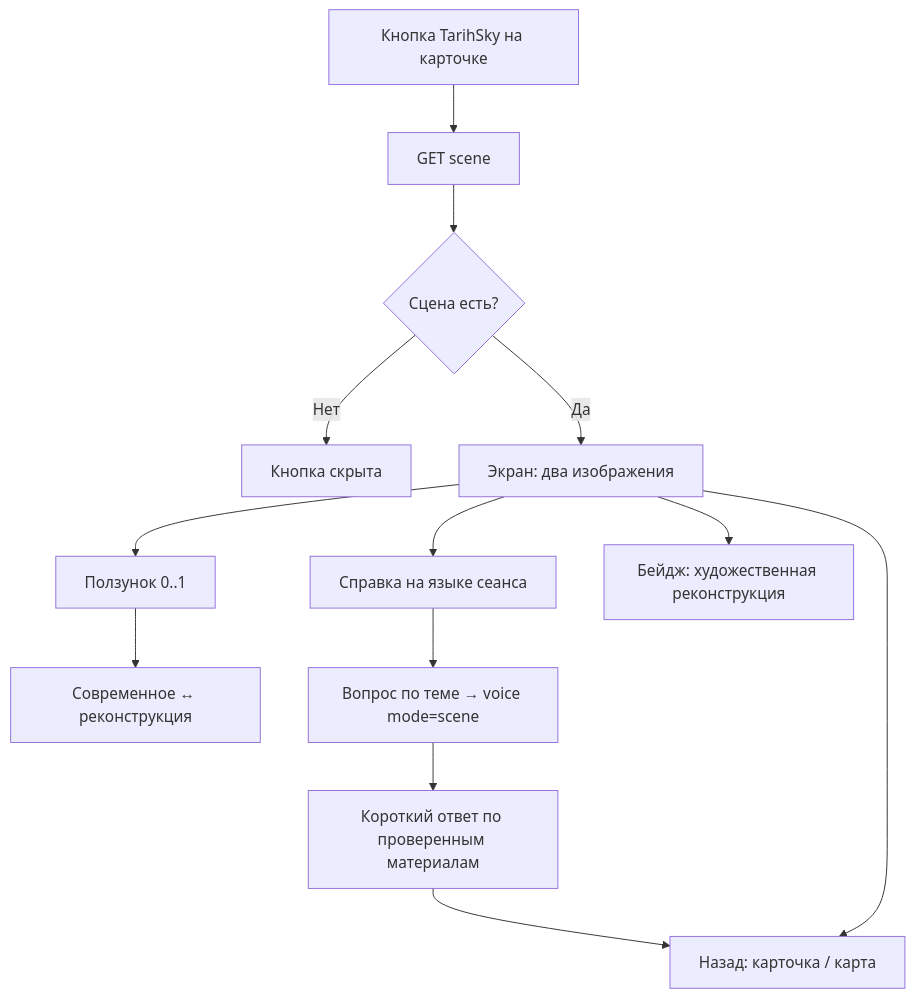
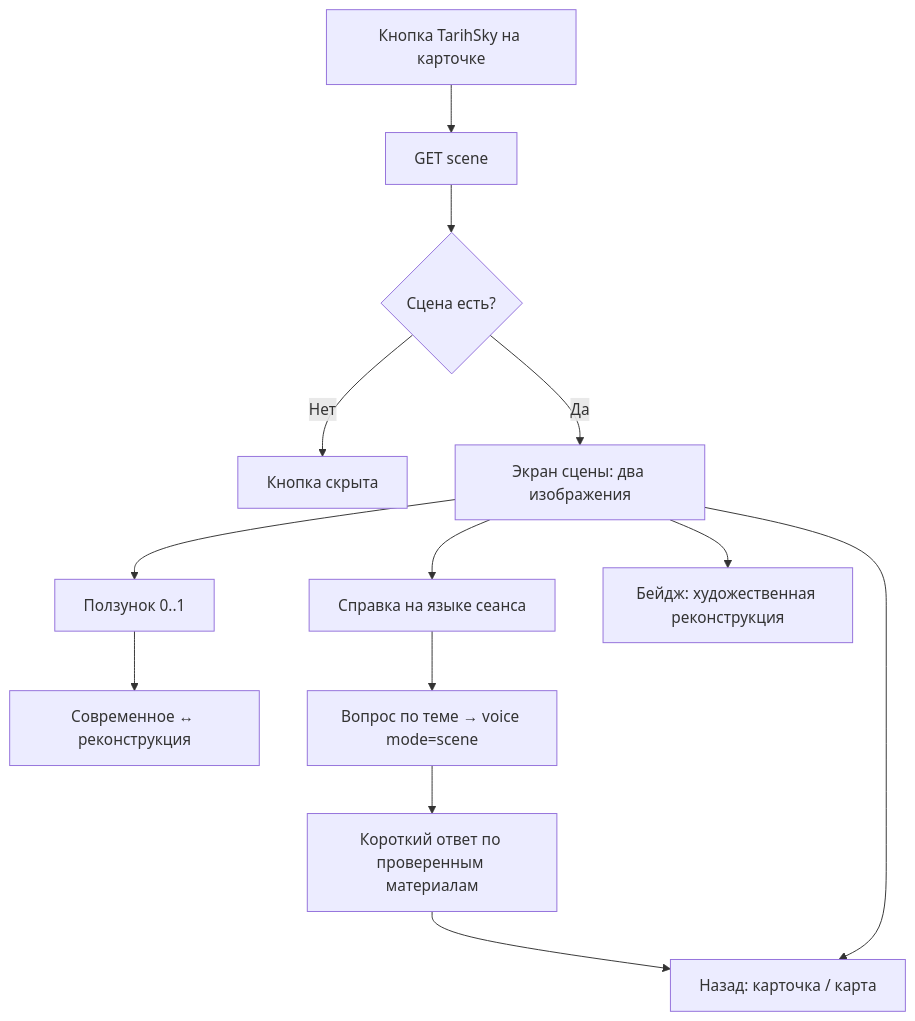
The diagram in docs/flows/05-tarihsky.md (Dyman17/Arch), drawn with Mermaid before and after one commit. The commit also changed other lines of this file and 10 other files, not shown here.

Commit message:
docs: BaGdar flows 01-06, api contracts, tech stack, tasks

````diff
--- a/docs/flows/05-tarihsky.md
+++ b/docs/flows/05-tarihsky.md
@@ -9,15 +9,15 @@
 ```mermaid
 flowchart TD
     A[Кнопка TarihSky на карточке] --> B[GET scene]
     B --> C{Сцена есть?}
     C -- Нет --> D[Кнопка скрыта]
-    C -- Да --> E[Экран: два изображения]
+    C -- Да --> E[Экран сцены: два изображения]
     E --> F[Ползунок 0..1]
     F --> G[Современное ↔ реконструкция]
     E --> H[Справка на языке сеанса]
     E --> I[Бейдж: художественная реконструкция]
     H --> J[Вопрос по теме → voice mode=scene]
     J --> K[Короткий ответ по проверенным материалам]
     K --> L[Назад: карточка / карта]
     E --> L
 ```
````
